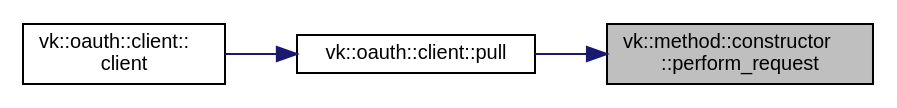
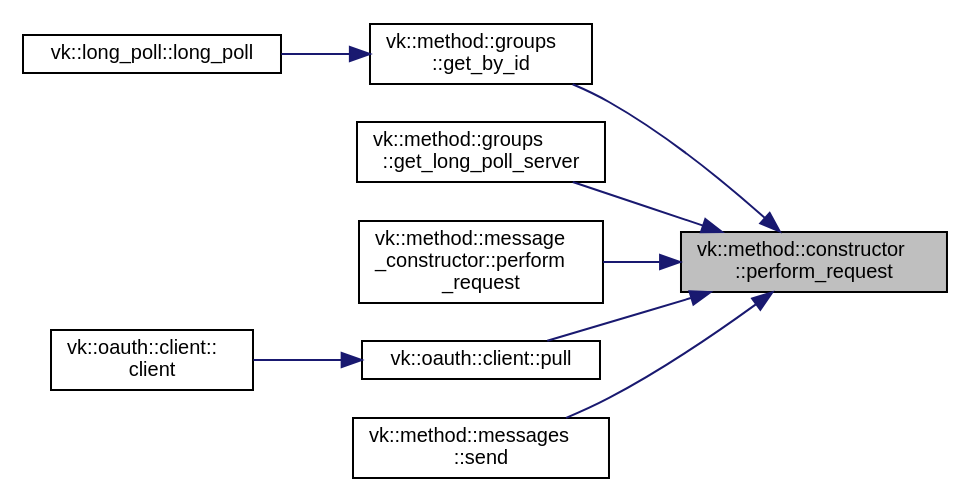
One commit to edgjj/cpp_vk_lib changed the diagram in docs/classvk_1_1method_1_1constructor_a9e8d220fd80c6a534a5df69722f01d93_icgraph.dot. Above: the diagram before and after it, drawn with Graphviz. The commit also changed 516 other files, not shown here.

```diff
--- a/docs/classvk_1_1method_1_1constructor_a9e8d220fd80c6a534a5df69722f01d93_icgraph.dot
+++ b/docs/classvk_1_1method_1_1constructor_a9e8d220fd80c6a534a5df69722f01d93_icgraph.dot
@@ -1,12 +1,22 @@
 digraph "vk::method::constructor::perform_request"
 {
  // LATEX_PDF_SIZE
   edge [fontname="Helvetica",fontsize="10",labelfontname="Helvetica",labelfontsize="10"];
   node [fontname="Helvetica",fontsize="10",shape=record];
   rankdir="RL";
   Node1 [label="vk::method::constructor\l::perform_request",height=0.2,width=0.4,color="black", fillcolor="grey75", style="filled", fontcolor="black",tooltip=" "];
   Node1 -> Node2 [dir="back",color="midnightblue",fontsize="10",style="solid",fontname="Helvetica"];
-  Node2 [label="vk::oauth::client::pull",height=0.2,width=0.4,color="black", fillcolor="white", style="filled",URL="$classvk_1_1oauth_1_1client.html#a4e076f3759181ee177f347fdbf36ec70",tooltip="Try get user data."];
+  Node2 [label="vk::method::groups\l::get_by_id",height=0.2,width=0.4,color="black", fillcolor="white", style="filled",URL="$namespacevk_1_1method_1_1groups.html#ac152ca34577555bd45b14cf56293a9ef",tooltip=" "];
   Node2 -> Node3 [dir="back",color="midnightblue",fontsize="10",style="solid",fontname="Helvetica"];
-  Node3 [label="vk::oauth::client::\lclient",height=0.2,width=0.4,color="black", fillcolor="white", style="filled",URL="$classvk_1_1oauth_1_1client.html#ab15386151e60f784016ef34e45ad19aa",tooltip=" "];
+  Node3 [label="vk::long_poll::long_poll",height=0.2,width=0.4,color="black", fillcolor="white", style="filled",URL="$classvk_1_1long__poll.html#a0224e5d18cac631716eabe8cc09830ea",tooltip=" "];
+  Node1 -> Node4 [dir="back",color="midnightblue",fontsize="10",style="solid",fontname="Helvetica"];
+  Node4 [label="vk::method::groups\l::get_long_poll_server",height=0.2,width=0.4,color="black", fillcolor="white", style="filled",URL="$namespacevk_1_1method_1_1groups.html#a0033a2c522ec8d9a586c7f0cdc8d1b36",tooltip=" "];
+  Node1 -> Node5 [dir="back",color="midnightblue",fontsize="10",style="solid",fontname="Helvetica"];
+  Node5 [label="vk::method::message\l_constructor::perform\l_request",height=0.2,width=0.4,color="black", fillcolor="white", style="filled",URL="$classvk_1_1method_1_1message__constructor.html#a7903ca16658ab3295a9cbbff1520b6cc",tooltip=" "];
+  Node1 -> Node6 [dir="back",color="midnightblue",fontsize="10",style="solid",fontname="Helvetica"];
+  Node6 [label="vk::oauth::client::pull",height=0.2,width=0.4,color="black", fillcolor="white", style="filled",URL="$classvk_1_1oauth_1_1client.html#a4e076f3759181ee177f347fdbf36ec70",tooltip="Try get user data."];
+  Node6 -> Node7 [dir="back",color="midnightblue",fontsize="10",style="solid",fontname="Helvetica"];
+  Node7 [label="vk::oauth::client::\lclient",height=0.2,width=0.4,color="black", fillcolor="white", style="filled",URL="$classvk_1_1oauth_1_1client.html#ab15386151e60f784016ef34e45ad19aa",tooltip=" "];
+  Node1 -> Node8 [dir="back",color="midnightblue",fontsize="10",style="solid",fontname="Helvetica"];
+  Node8 [label="vk::method::messages\l::send",height=0.2,width=0.4,color="black", fillcolor="white", style="filled",URL="$namespacevk_1_1method_1_1messages.html#a2ec026fd5cbebeabae6f94e35f6c0894",tooltip=" "];
 }
```
